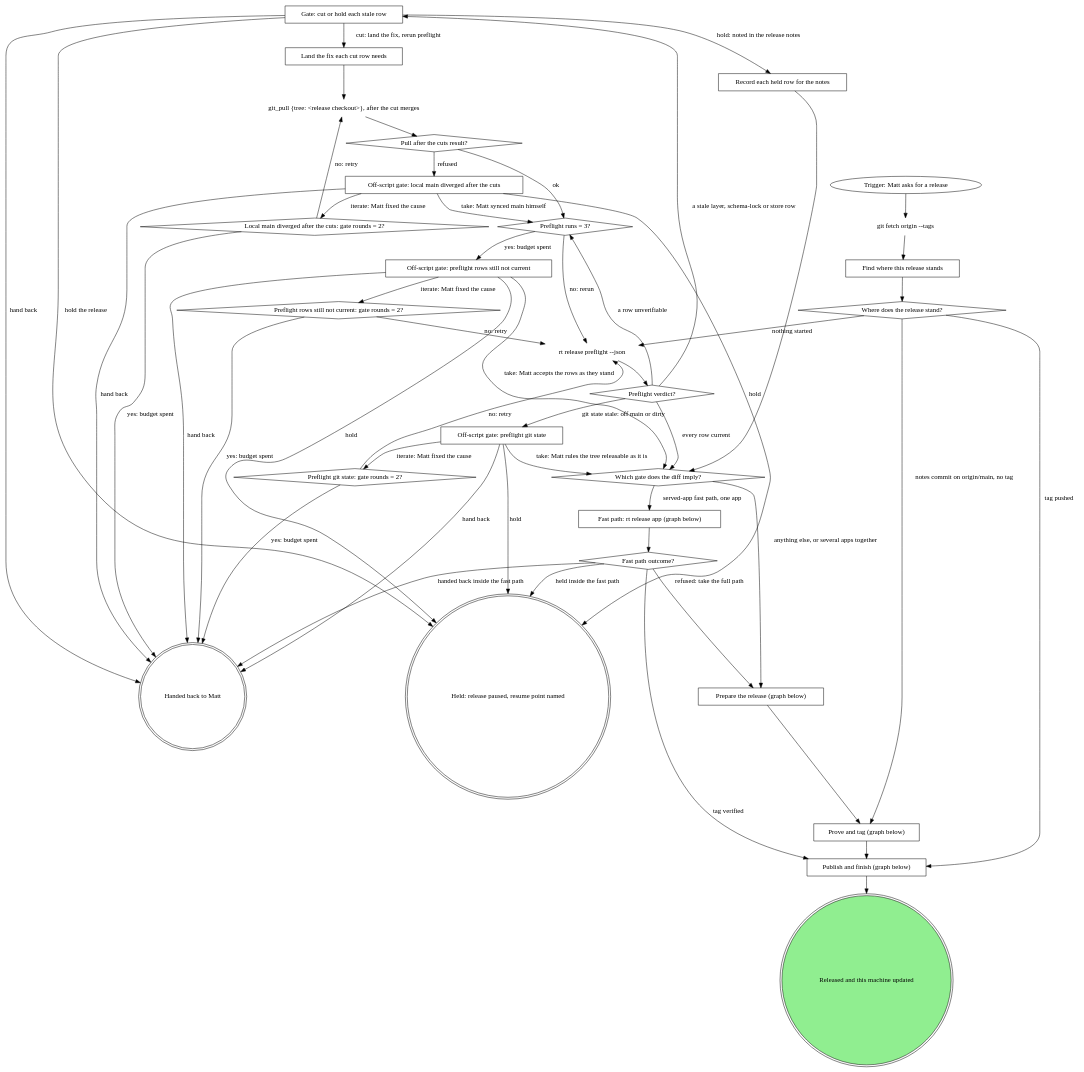
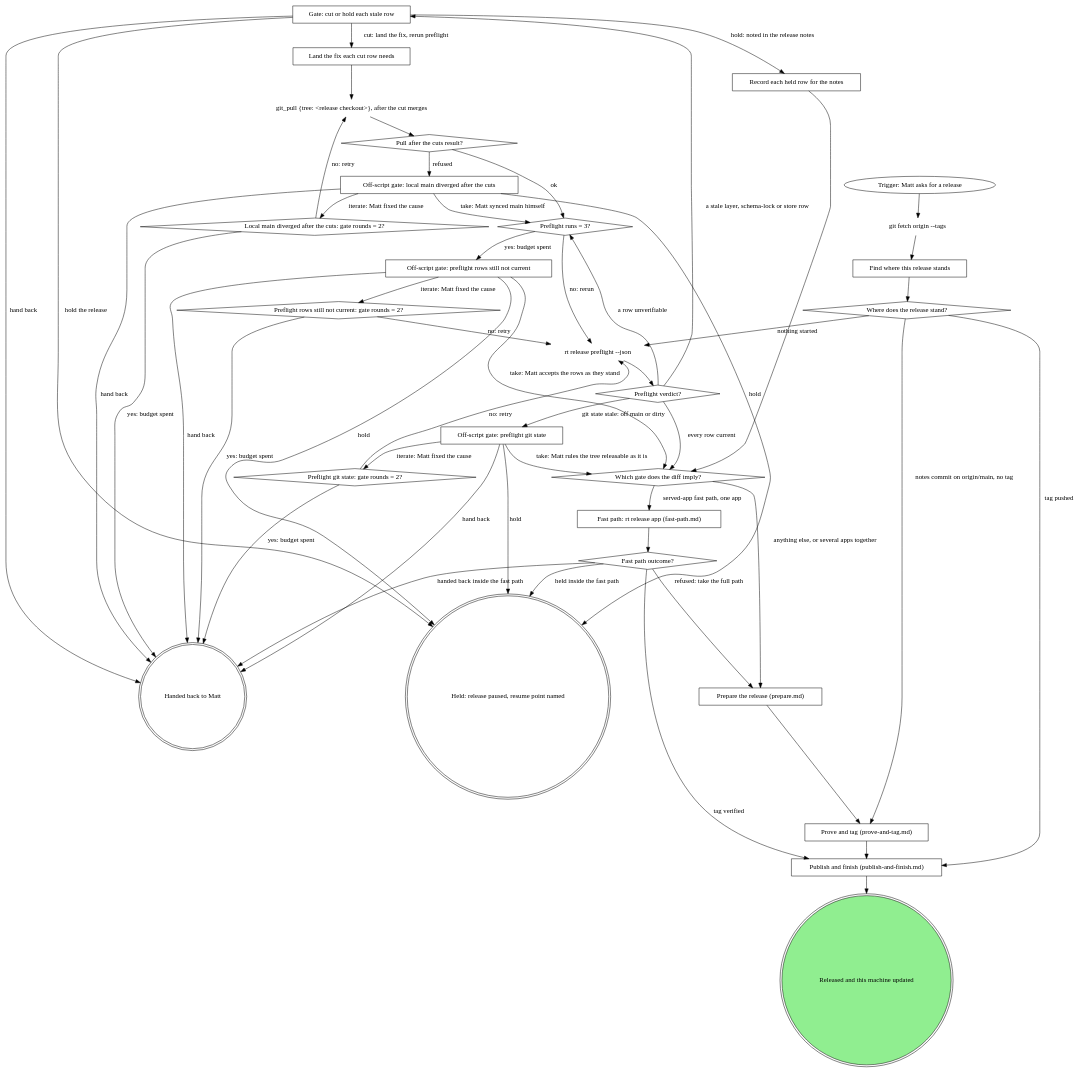
One commit to m4ttstack/mattstack changed the diagram in skills/rt-release/SKILL.md. Above: the diagram before and after it, drawn with Graphviz. The commit also changed other lines of this file and 4 other files, not shown here.

````diff
--- a/skills/rt-release/SKILL.md
+++ b/skills/rt-release/SKILL.md
@@ -42,11 +42,11 @@
     "Land the fix each cut row needs" [shape=box];
     "Record each held row for the notes" [shape=box];
     "Which gate does the diff imply?" [shape=diamond];
-    "Fast path: rt release app (graph below)" [shape=box];
+    "Fast path: rt release app (fast-path.md)" [shape=box];
     "Fast path outcome?" [shape=diamond];
-    "Prepare the release (graph below)" [shape=box];
-    "Prove and tag (graph below)" [shape=box];
-    "Publish and finish (graph below)" [shape=box];
+    "Prepare the release (prepare.md)" [shape=box];
+    "Prove and tag (prove-and-tag.md)" [shape=box];
+    "Publish and finish (publish-and-finish.md)" [shape=box];
     "Off-script gate: preflight git state" [shape=box];
     "Preflight git state: gate rounds = 2?" [shape=diamond];
     "Off-script gate: preflight rows still not current" [shape=box];
@@ -60,8 +60,8 @@
     "git fetch origin --tags" -> "Find where this release stands";
     "Find where this release stands" -> "Where does the release stand?";
     "Where does the release stand?" -> "rt release preflight --json" [label="nothing started"];
-    "Where does the release stand?" -> "Prove and tag (graph below)" [label="notes commit on origin/main, no tag"];
-    "Where does the release stand?" -> "Publish and finish (graph below)" [label="tag pushed"];
+    "Where does the release stand?" -> "Prove and tag (prove-and-tag.md)" [label="notes commit on origin/main, no tag"];
+    "Where does the release stand?" -> "Publish and finish (publish-and-finish.md)" [label="tag pushed"];
     "rt release preflight --json" -> "Preflight verdict?";
     "Preflight verdict?" -> "Which gate does the diff imply?" [label="every row current"];
     "Off-script gate: preflight git state" -> "Which gate does the diff imply?" [label="take: Matt rules the tree releasable as it is"];
@@ -96,15 +96,15 @@
     "Local main diverged after the cuts: gate rounds = 2?" -> "Handed back to Matt" [label="yes: budget spent"];
     "Pull after the cuts result?" -> "Off-script gate: local main diverged after the cuts" [label="refused"];
     "Record each held row for the notes" -> "Which gate does the diff imply?";
-    "Which gate does the diff imply?" -> "Fast path: rt release app (graph below)" [label="served-app fast path, one app"];
-    "Which gate does the diff imply?" -> "Prepare the release (graph below)" [label="anything else, or several apps together"];
-    "Fast path: rt release app (graph below)" -> "Fast path outcome?";
-    "Fast path outcome?" -> "Publish and finish (graph below)" [label="tag verified"];
-    "Fast path outcome?" -> "Prepare the release (graph below)" [label="refused: take the full path"];
+    "Which gate does the diff imply?" -> "Fast path: rt release app (fast-path.md)" [label="served-app fast path, one app"];
+    "Which gate does the diff imply?" -> "Prepare the release (prepare.md)" [label="anything else, or several apps together"];
+    "Fast path: rt release app (fast-path.md)" -> "Fast path outcome?";
+    "Fast path outcome?" -> "Publish and finish (publish-and-finish.md)" [label="tag verified"];
+    "Fast path outcome?" -> "Prepare the release (prepare.md)" [label="refused: take the full path"];
     "Fast path outcome?" -> "Held: release paused, resume point named" [label="held inside the fast path"];
     "Fast path outcome?" -> "Handed back to Matt" [label="handed back inside the fast path"];
-    "Prepare the release (graph below)" -> "Prove and tag (graph below)";
-    "Prove and tag (graph below)" -> "Publish and finish (graph below)";
-    "Publish and finish (graph below)" -> "Released and this machine updated";
+    "Prepare the release (prepare.md)" -> "Prove and tag (prove-and-tag.md)";
+    "Prove and tag (prove-and-tag.md)" -> "Publish and finish (publish-and-finish.md)";
+    "Publish and finish (publish-and-finish.md)" -> "Released and this machine updated";
 }
 ```
````
